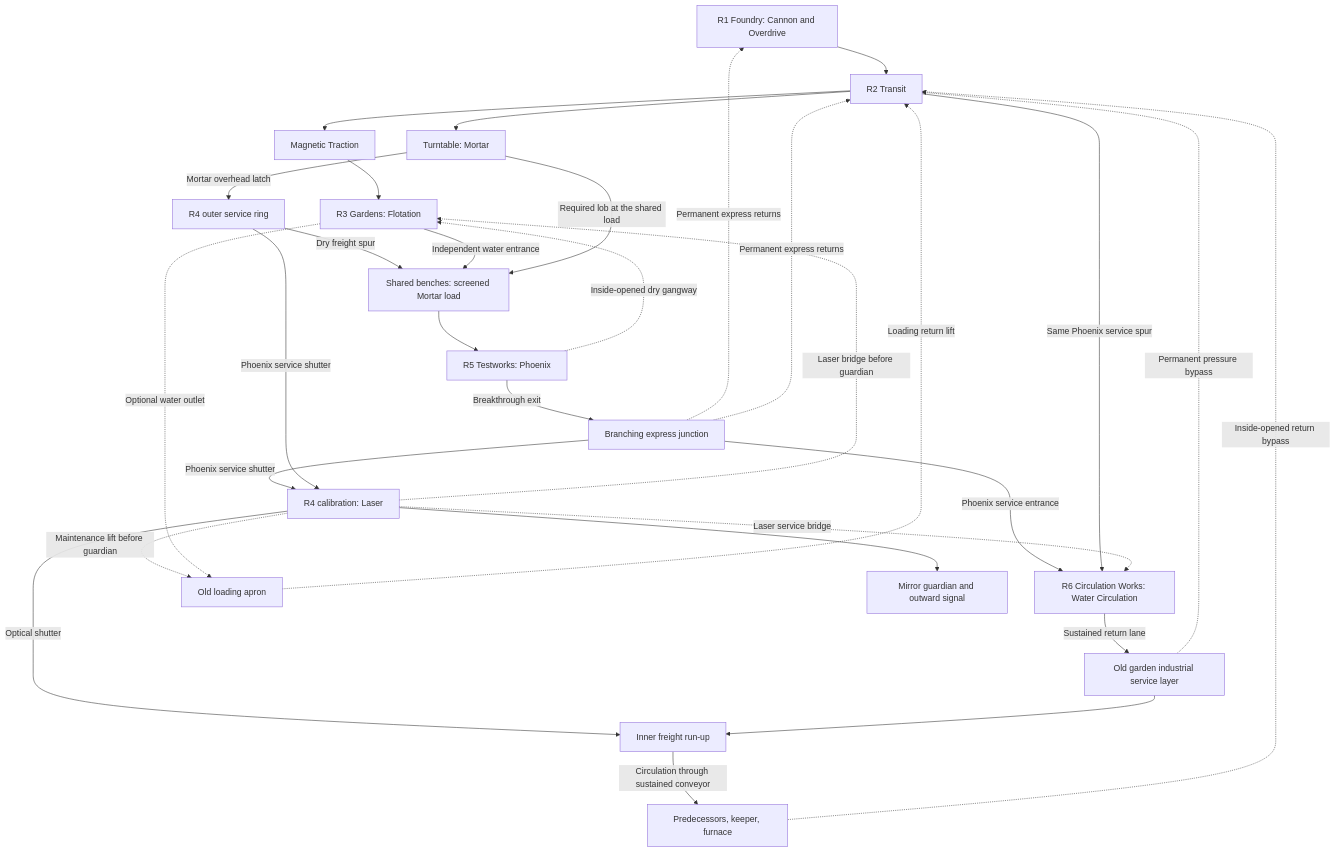
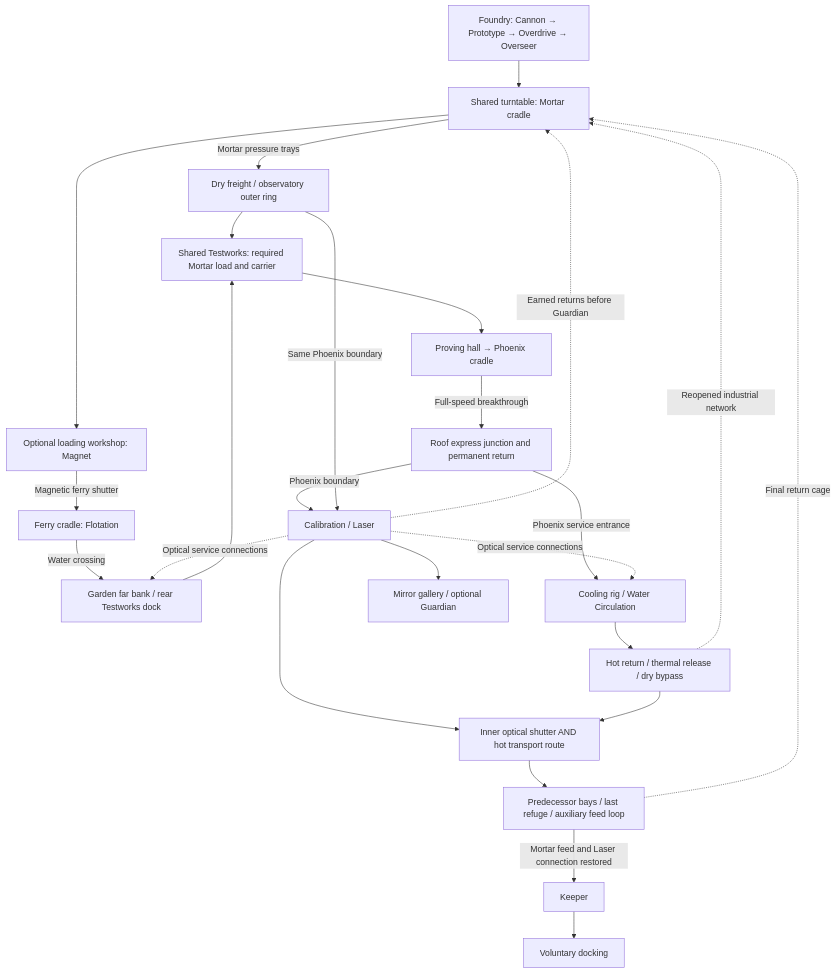
One commit to Milky2018/tankle-adventure-astra changed the diagram in Gamespec.md. Above: the diagram before and after it, drawn with Mermaid. The commit also changed other lines of this file, not shown here.

````diff
--- a/Gamespec.md
+++ b/Gamespec.md
@@ -639,32 +342,27 @@
 ```mermaid
 flowchart TD
-    R1["R1 Foundry: Cannon and Overdrive"] --> R2["R2 Transit"]
-    R2 --> M["Magnetic Traction"]
-    M --> F["R3 Gardens: Flotation"]
-    R2 --> L["Turntable: Mortar"]
-    L -->|Mortar overhead latch| O["R4 outer service ring"]
-    O -->|Dry freight spur| B["Shared benches: screened Mortar load"]
-    F -->|Independent water entrance| B
-    L -->|Required lob at the shared load| B
-    B --> P["R5 Testworks: Phoenix"]
-    P -->|Breakthrough exit| J["Branching express junction"]
-    J -->|Phoenix service shutter| A["R4 calibration: Laser"]
-    O -->|Phoenix service shutter| A
-    J -->|Phoenix service entrance| W["R6 Circulation Works: Water Circulation"]
-    R2 -->|Same Phoenix service spur| W
-    P -.->|Inside-opened dry gangway| F
-    J -.->|Permanent express returns| R1
-    J -.->|Permanent express returns| R2
-    A -.->|Maintenance lift before guardian| LA["Old loading apron"]
-    F -.->|Optional water outlet| LA
-    LA -.->|Loading return lift| R2
-    A -.->|Laser bridge before guardian| F
-    A -.->|Laser service bridge| W
-    A --> G["Mirror guardian and outward signal"]
-    W -->|Sustained return lane| K["Old garden industrial service layer"]
-    K -.->|Permanent pressure bypass| R2
-    A -->|Optical shutter| I["Inner freight run-up"]
-    K --> I
-    I -->|Circulation through sustained conveyor| R7["Predecessors, keeper, furnace"]
-    R7 -.->|Inside-opened return bypass| R2
+    R1["Foundry: Cannon → Prototype → Overdrive → Overseer"] --> H["Shared turntable: Mortar cradle"]
+    H -->|Mortar pressure trays| D["Dry freight / observatory outer ring"]
+    H --> M["Optional loading workshop: Magnet"]
+    M -->|Magnetic ferry shutter| F["Ferry cradle: Flotation"]
+    F -->|Water crossing| W["Garden far bank / rear Testworks dock"]
+    D --> T["Shared Testworks: required Mortar load and carrier"]
+    W --> T
+    T --> P["Proving hall → Phoenix cradle"]
+    P -->|Full-speed breakthrough| J["Roof express junction and permanent return"]
+    J -->|Phoenix boundary| L["Calibration / Laser"]
+    D -->|Same Phoenix boundary| L
+    J -->|Phoenix service entrance| C["Cooling rig / Water Circulation"]
+    L --> LG["Mirror gallery / optional Guardian"]
+    L -.->|Earned returns before Guardian| H
+    L -.->|Optical service connections| W
+    L -.->|Optical service connections| C
+    C --> HR["Hot return / thermal release / dry bypass"]
+    HR -.->|Reopened industrial network| H
+    L --> I["Inner optical shutter AND hot transport route"]
+    HR --> I
+    I --> B["Predecessor bays / last refuge / auxiliary feed loop"]
+    B -->|Mortar feed and Laser connection restored| K["Keeper"]
+    K --> E["Voluntary docking"]
+    B -.->|Final return cage| H
 ```
````
